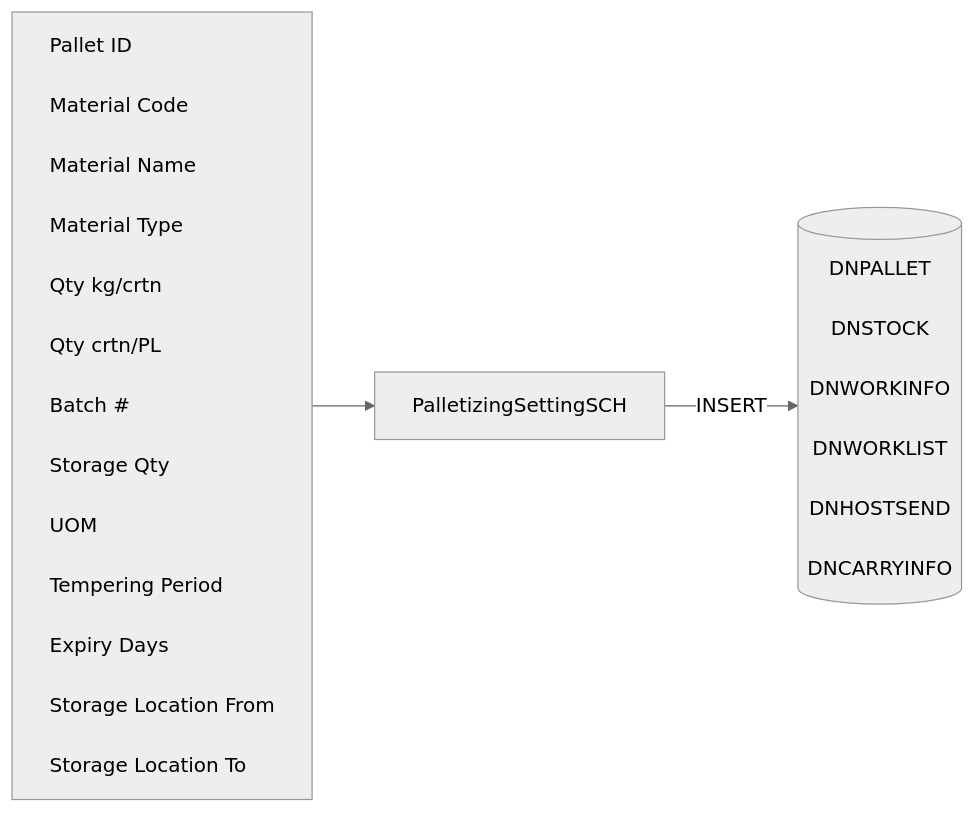
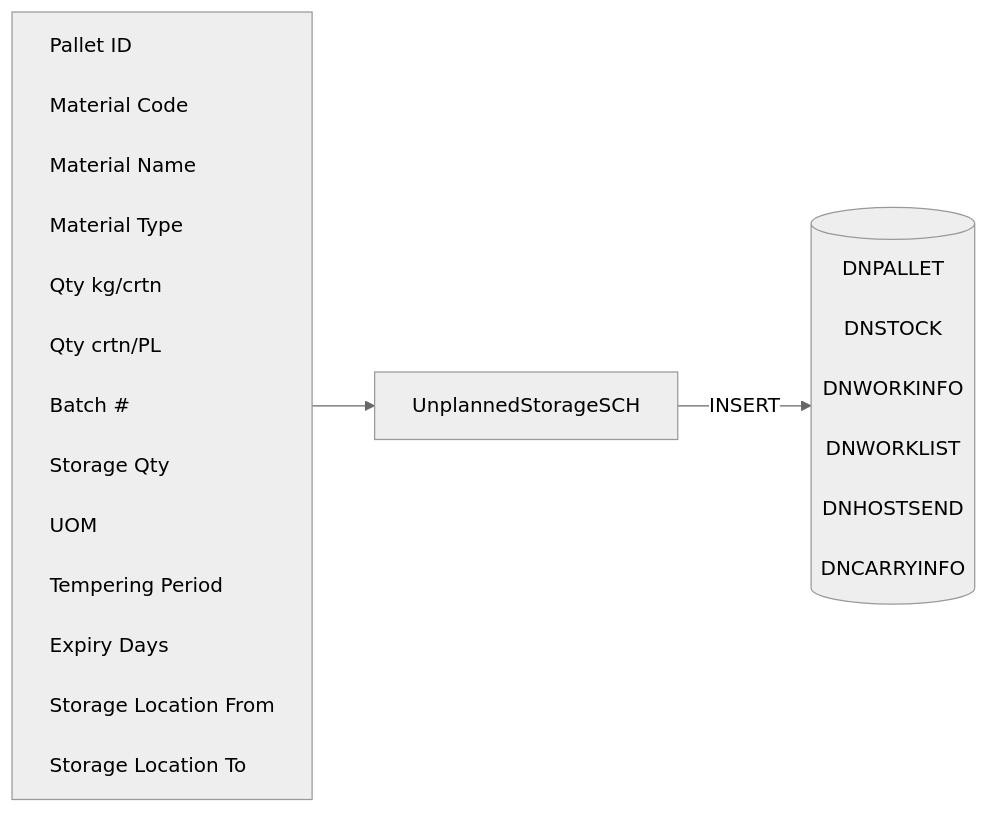
Before and after one commit to luthfiadityaa/SimeDarby-Wiki: the diagram in Basic-Design/DFD-WMS/Storage/Unplanned-Storage-From-OP-Area.md, drawn with Mermaid (neutral theme).

Commit message:
Updated Unplanned Storage From OP Area

```diff
--- a/Basic-Design/DFD-WMS/Storage/Unplanned-Storage-From-OP-Area.md
+++ b/Basic-Design/DFD-WMS/Storage/Unplanned-Storage-From-OP-Area.md
@@ -23,34 +23,34 @@
 ::: mermaid
 flowchart LR
     input[
         Pallet ID<br>
         Material Code<br>
         Material Name<br>
         Material Type<br>
         Qty kg/crtn<br>
         Qty crtn/PL<br>
         Batch #<br>
         Storage Qty<br>
         UOM<br>
         Tempering Period<br>
         Expiry Days<br>
         Storage Location From<br>
         Storage Location To<br>        
     ]
 
     tableList-insert[("
         DNPALLET<br>
         DNSTOCK<br>
         DNWORKINFO<br>
         DNWORKLIST<br>
         DNHOSTSEND<br>
         DNCARRYINFO<br>
     ")]
 
-    className[PalletizingSettingSCH]
+    className[UnplannedStorageSCH]
 
     input --> className --> |INSERT| tableList-insert
 
     classDef leftAlign text-align:left;
     class input leftAlign;
 :::
```
